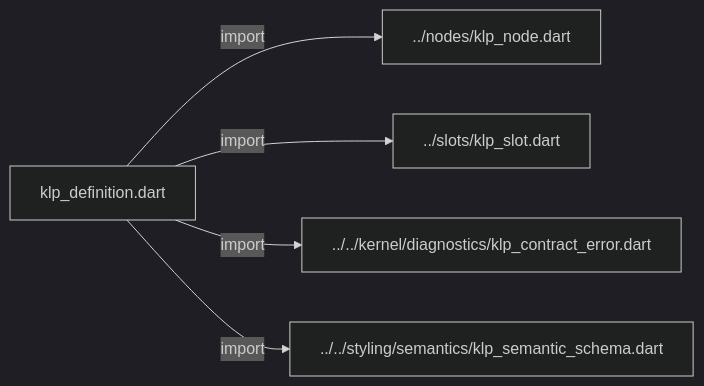
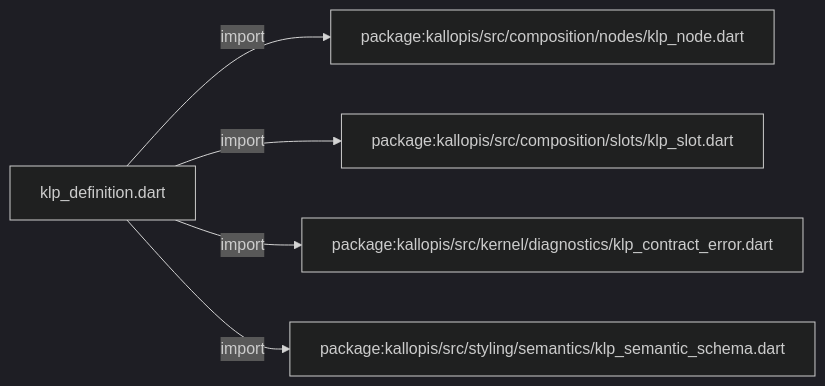
Before and after one commit to MiuDog/Kallopis: the first of 2 diagrams in docs/architecture/src/composition/definitions/klp_definition.md, drawn with Mermaid (dark theme). The commit also changed other lines of this file and 9688 other files, not shown here.

Commit message:
Prepare isolated Flow F2 peer baseline

````diff
--- a/docs/architecture/src/composition/definitions/klp_definition.md
+++ b/docs/architecture/src/composition/definitions/klp_definition.md
@@ -11,12 +11,12 @@
 ```mermaid
 flowchart LR
 	n0["klp_definition.dart"]
-	n1["../nodes/klp_node.dart"]
-	n2["../slots/klp_slot.dart"]
-	n3["../../kernel/diagnostics/klp_contract_error.dart"]
-	n4["../../styling/semantics/klp_semantic_schema.dart"]
+	n1["package:kallopis/src/composition/nodes/klp_node.dart"]
+	n2["package:kallopis/src/composition/slots/klp_slot.dart"]
+	n3["package:kallopis/src/kernel/diagnostics/klp_contract_error.dart"]
+	n4["package:kallopis/src/styling/semantics/klp_semantic_schema.dart"]
 	n0 -->|"import"| n1
 	n0 -->|"import"| n2
 	n0 -->|"import"| n3
 	n0 -->|"import"| n4
 ```
````
